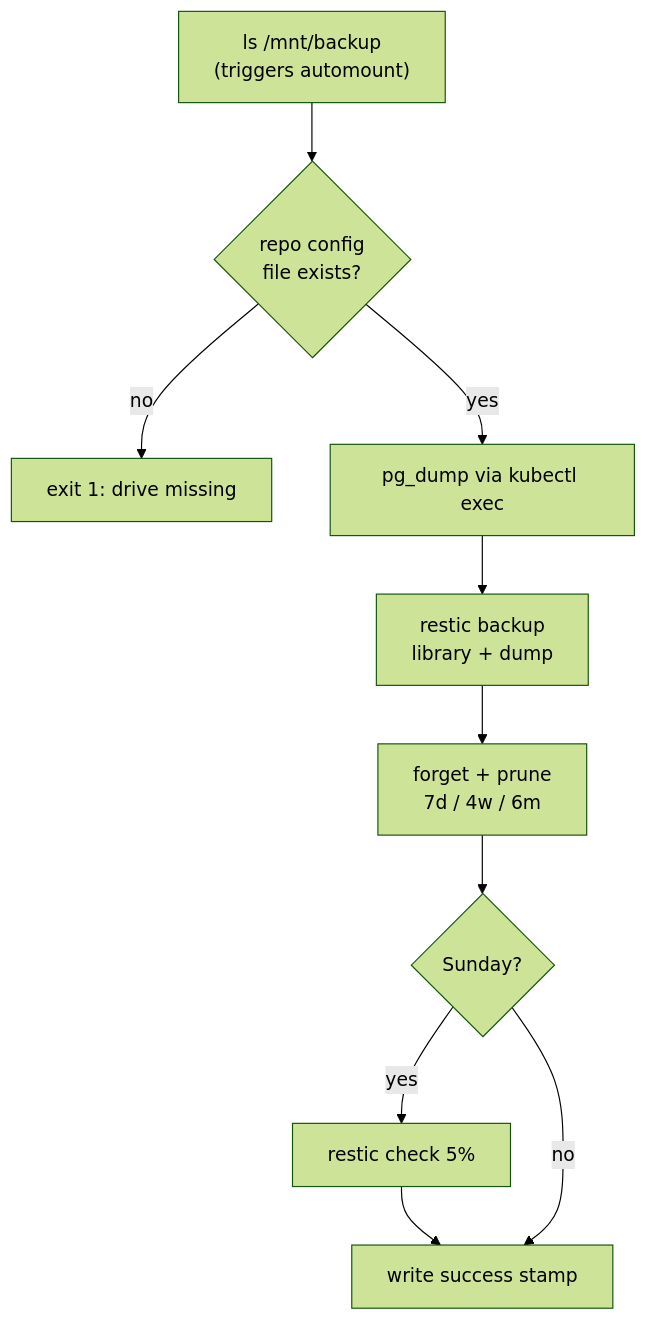
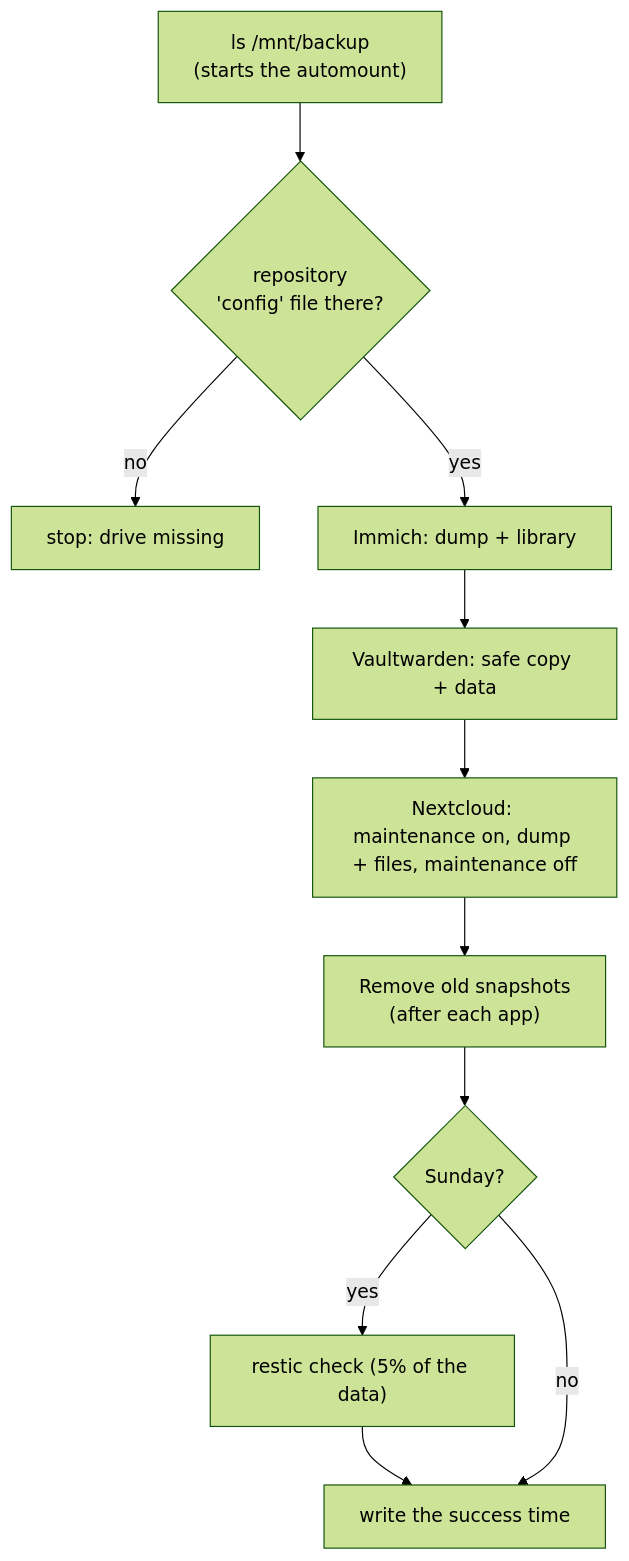
The diagram in platform/backup/README.md (rupeshofficedata/homelab), drawn with Mermaid (forest theme) before and after one commit. The commit also changed other lines of this file and 47 other files, not shown here.

````diff
--- a/platform/backup/README.md
+++ b/platform/backup/README.md
@@ -19,8 +19,9 @@
 ```mermaid
 flowchart TD
-  a["ls /mnt/backup<br/>(triggers automount)"] --> b{"repo config<br/>file exists?"}
-  b -- no --> x["exit 1: drive missing"]
-  b -- yes --> c["pg_dump via kubectl exec"] --> d["restic backup<br/>library + dump"] --> e["forget + prune<br/>7d / 4w / 6m"] --> f{"Sunday?"}
-  f -- yes --> g["restic check 5%"] --> h["write success stamp"]
-  f -- no --> h
+  a["ls /mnt/backup<br/>(starts the automount)"] --> b{"repository<br/>'config' file there?"}
+  b -- no --> x["stop: drive missing"]
+  b -- yes --> c["Immich: dump + library"] --> d["Vaultwarden: safe copy + data"] --> e["Nextcloud: maintenance on, dump + files, maintenance off"]
+  e --> f["Remove old snapshots<br/>(after each app)"] --> g{"Sunday?"}
+  g -- yes --> h["restic check (5% of the data)"] --> i["write the success time"]
+  g -- no --> i
 ```
````
